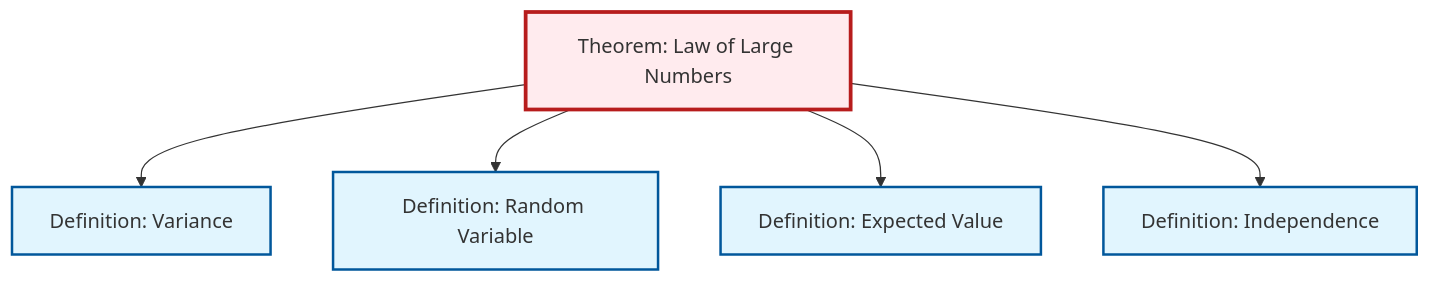
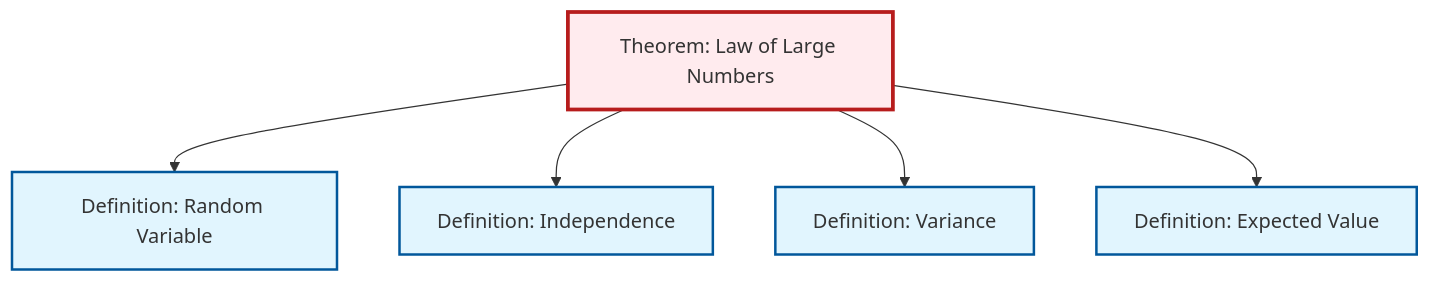
One commit to RK0429/ModernMath changed the second of 2 diagrams in content/en/probability-statistics/thm-law-of-large-numbers.qmd. Above: the diagram before and after it, drawn with Mermaid. The commit also changed other lines of this file and 491 other files, not shown here.

````diff
--- a/content/en/probability-statistics/thm-law-of-large-numbers.qmd
+++ b/content/en/probability-statistics/thm-law-of-large-numbers.qmd
@@ -83,23 +88,23 @@
 ```{mermaid}
 %%| fig-cap: "Local dependency graph"
 graph TD
     classDef definition fill:#e1f5fe,stroke:#01579b,stroke-width:2px
     classDef theorem fill:#f3e5f5,stroke:#4a148c,stroke-width:2px
     classDef axiom fill:#fff3e0,stroke:#e65100,stroke-width:2px
     classDef example fill:#e8f5e9,stroke:#1b5e20,stroke-width:2px
     classDef current fill:#ffebee,stroke:#b71c1c,stroke-width:3px
-    def-independence["Definition: Independence"]:::definition
+    def-expectation["Definition: Expected Value"]:::definition
     def-random-variable["Definition: Random Variable"]:::definition
     thm-law-of-large-numbers["Theorem: Law of Large Numbers"]:::theorem
+    def-independence["Definition: Independence"]:::definition
     def-variance["Definition: Variance"]:::definition
-    def-expectation["Definition: Expected Value"]:::definition
+    thm-law-of-large-numbers --> def-random-variable
+    thm-law-of-large-numbers --> def-independence
     thm-law-of-large-numbers --> def-variance
-    thm-law-of-large-numbers --> def-random-variable
     thm-law-of-large-numbers --> def-expectation
-    thm-law-of-large-numbers --> def-independence
     class thm-law-of-large-numbers current
+    click def-expectation "def-expectation.html" "Go to Expected Value definition"
+    click def-random-variable "def-random-variable.html" "Go to Random Variable definition"
     click def-independence "def-independence.html" "Go to Independence definition"
-    click def-random-variable "def-random-variable.html" "Go to Random Variable definition"
     click def-variance "def-variance.html" "Go to Variance definition"
-    click def-expectation "def-expectation.html" "Go to Expected Value definition"
 ```
````
